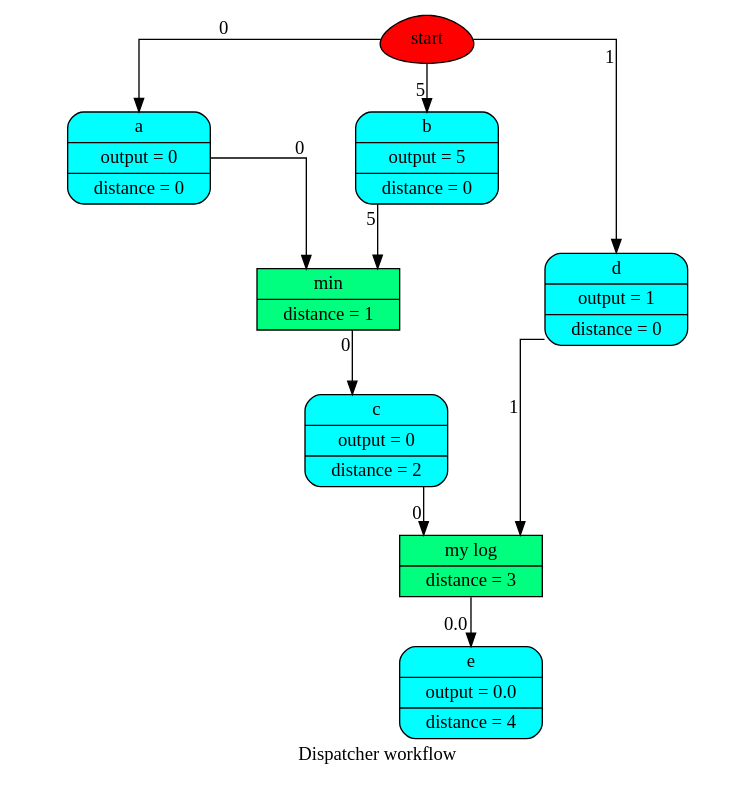
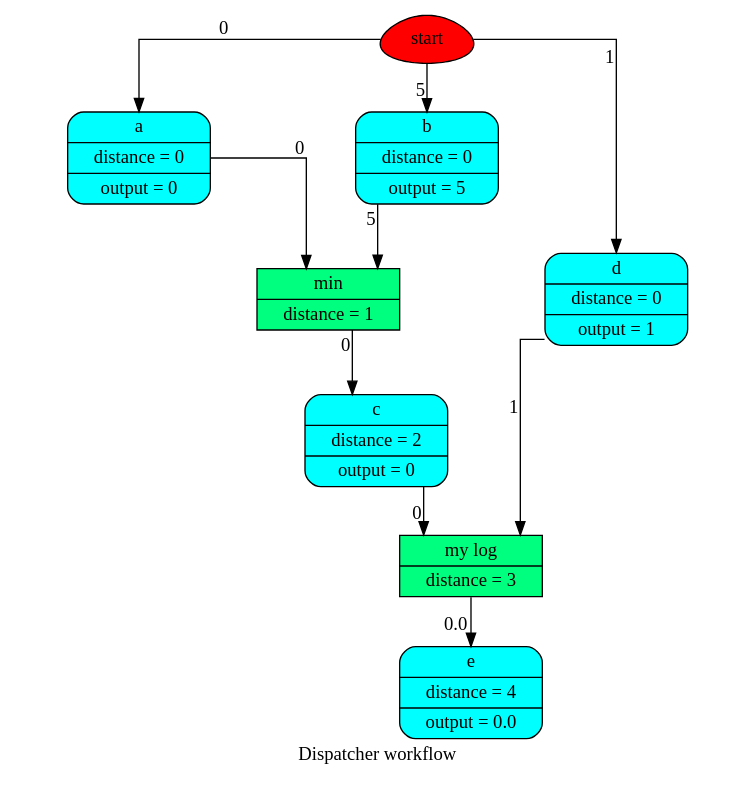
The diagram in doc/source/dispatcher/__init__/dispatch/wf1.dot (vinci1it2000/schedula), drawn with Graphviz before and after one commit. The commit also changed 22 other files, not shown here.

```diff
--- a/doc/source/dispatcher/__init__/dispatch/wf1.dot
+++ b/doc/source/dispatcher/__init__/dispatch/wf1.dot
@@ -1,23 +1,23 @@
 digraph Dispatcher {
 	graph [ratio=1]
 	node [style=filled]
 	splines = ortho
 	label = "Dispatcher workflow"
-		Dispatcher_4373709112 [label=start fillcolor=red shape=egg]
-		"Dispatcher_-7463268218442358016" [label="{ e | output = 0.0 | distance = 4 }" fillcolor=cyan shape=Mrecord]
-		Dispatcher_2108795078524061106 [label="{ min | distance = 1 }" fillcolor=springgreen shape=record]
-		"Dispatcher_-7122603177858460539" [label="{ c | output = 0 | distance = 2 }" fillcolor=cyan shape=Mrecord]
-		Dispatcher_4504726463497797545 [label="{ my log | distance = 3 }" fillcolor=springgreen shape=record]
-		"Dispatcher_-8678671152349271859" [label="{ a | output = 0 | distance = 0 }" fillcolor=cyan shape=Mrecord]
-		"Dispatcher_-5279003028835121650" [label="{ d | output = 1 | distance = 0 }" fillcolor=cyan shape=Mrecord]
-		Dispatcher_5198365931108737741 [label="{ b | output = 5 | distance = 0 }" fillcolor=cyan shape=Mrecord]
-			Dispatcher_2108795078524061106 -> "Dispatcher_-7122603177858460539" [xlabel=0]
-			"Dispatcher_-7122603177858460539" -> Dispatcher_4504726463497797545 [xlabel=0]
-			Dispatcher_4373709112 -> "Dispatcher_-8678671152349271859" [xlabel=0]
-			Dispatcher_4373709112 -> "Dispatcher_-5279003028835121650" [xlabel=1]
-			Dispatcher_4373709112 -> Dispatcher_5198365931108737741 [xlabel=5]
-			Dispatcher_4504726463497797545 -> "Dispatcher_-7463268218442358016" [xlabel=0.0]
-			"Dispatcher_-8678671152349271859" -> Dispatcher_2108795078524061106 [xlabel=0]
-			"Dispatcher_-5279003028835121650" -> Dispatcher_4504726463497797545 [xlabel=1]
-			Dispatcher_5198365931108737741 -> Dispatcher_2108795078524061106 [xlabel=5]
+		Dispatcher_4372611384 [label=start fillcolor=red shape=egg]
+		"Dispatcher_-7776202301500148952" [label="{ a | distance = 0 | output = 0 }" fillcolor=cyan shape=Mrecord]
+		Dispatcher_1248373816960019038 [label="{ d | distance = 0 | output = 1 }" fillcolor=cyan shape=Mrecord]
+		Dispatcher_1161704250910580454 [label="{ c | distance = 2 | output = 0 }" fillcolor=cyan shape=Mrecord]
+		Dispatcher_1839105624103145851 [label="{ e | distance = 4 | output = 0.0 }" fillcolor=cyan shape=Mrecord]
+		Dispatcher_3212931600518739037 [label="{ b | distance = 0 | output = 5 }" fillcolor=cyan shape=Mrecord]
+		"Dispatcher_-653487730926033586" [label="{ min | distance = 1 }" fillcolor=springgreen shape=record]
+		Dispatcher_400107148629920831 [label="{ my log | distance = 3 }" fillcolor=springgreen shape=record]
+			"Dispatcher_-7776202301500148952" -> "Dispatcher_-653487730926033586" [xlabel=0]
+			Dispatcher_1248373816960019038 -> Dispatcher_400107148629920831 [xlabel=1]
+			Dispatcher_1161704250910580454 -> Dispatcher_400107148629920831 [xlabel=0]
+			Dispatcher_4372611384 -> "Dispatcher_-7776202301500148952" [xlabel=0]
+			Dispatcher_4372611384 -> Dispatcher_3212931600518739037 [xlabel=5]
+			Dispatcher_4372611384 -> Dispatcher_1248373816960019038 [xlabel=1]
+			Dispatcher_3212931600518739037 -> "Dispatcher_-653487730926033586" [xlabel=5]
+			"Dispatcher_-653487730926033586" -> Dispatcher_1161704250910580454 [xlabel=0]
+			Dispatcher_400107148629920831 -> Dispatcher_1839105624103145851 [xlabel=0.0]
 }
```
